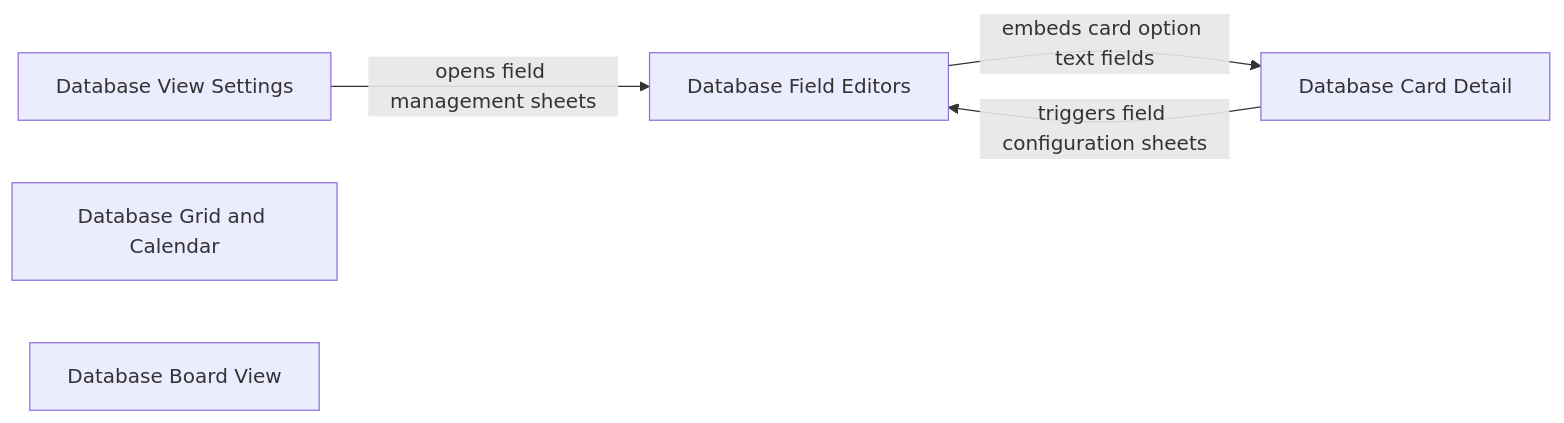
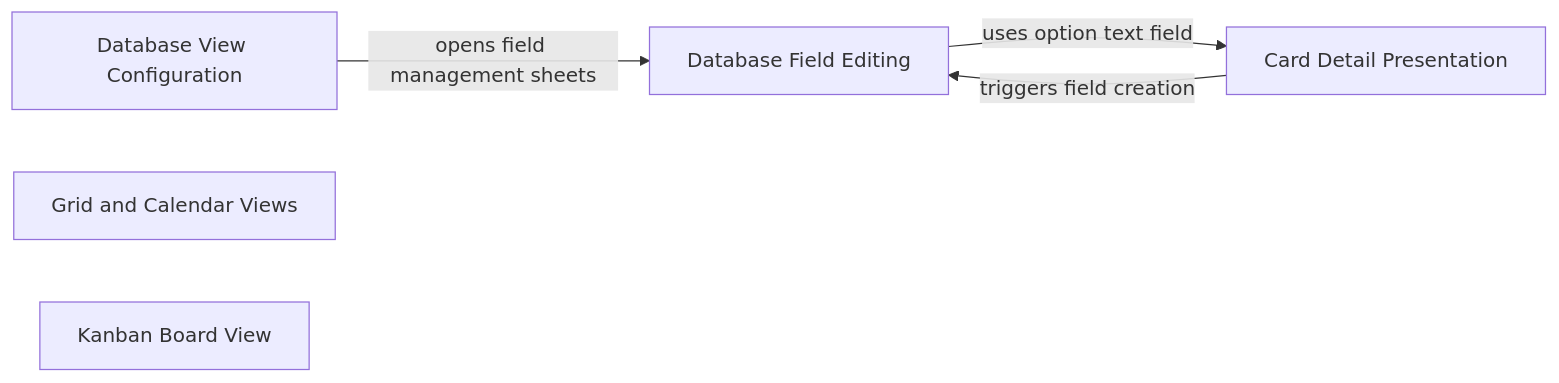
The diagram in .codeboarding/Mobile_Database_Views.md (CodeBoarding/AppFlowy), drawn with Mermaid before and after one commit. The commit also changed other lines of this file and 44 other files, not shown here.

First line of the commit message:
docs: regenerate Dart-only AppFlowy architecture with CodeBoarding#618 head 1caf6c32

````diff
--- a/.codeboarding/Mobile_Database_Views.md
+++ b/.codeboarding/Mobile_Database_Views.md
@@ -1,11 +1,11 @@
 ```mermaid
 graph LR
-    Database_View_Settings["Database View Settings"]
-    Database_Card_Detail["Database Card Detail"]
-    Database_Field_Editors["Database Field Editors"]
-    Database_Grid_and_Calendar["Database Grid and Calendar"]
-    Database_Board_View["Database Board View"]
-    Database_View_Settings -- "opens field management sheets" --> Database_Field_Editors
-    Database_Card_Detail -- "triggers field configuration sheets" --> Database_Field_Editors
-    Database_Field_Editors -- "embeds card option text fields" --> Database_Card_Detail
+    Database_View_Configuration["Database View Configuration"]
+    Card_Detail_Presentation["Card Detail Presentation"]
+    Database_Field_Editing["Database Field Editing"]
+    Grid_and_Calendar_Views["Grid and Calendar Views"]
+    Kanban_Board_View["Kanban Board View"]
+    Database_View_Configuration -- "opens field management sheets" --> Database_Field_Editing
+    Card_Detail_Presentation -- "triggers field creation" --> Database_Field_Editing
+    Database_Field_Editing -- "uses option text field" --> Card_Detail_Presentation
 ```
````
